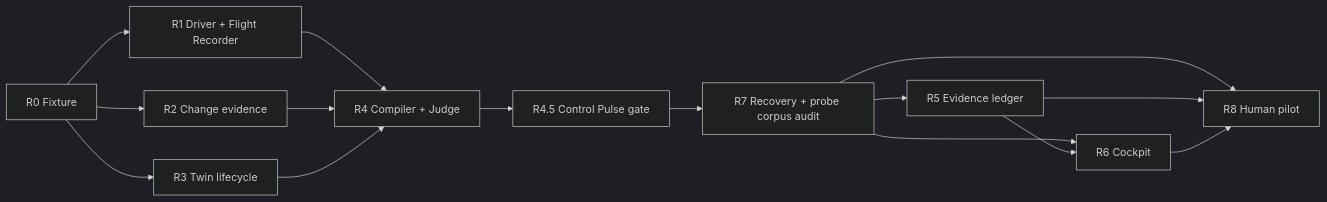
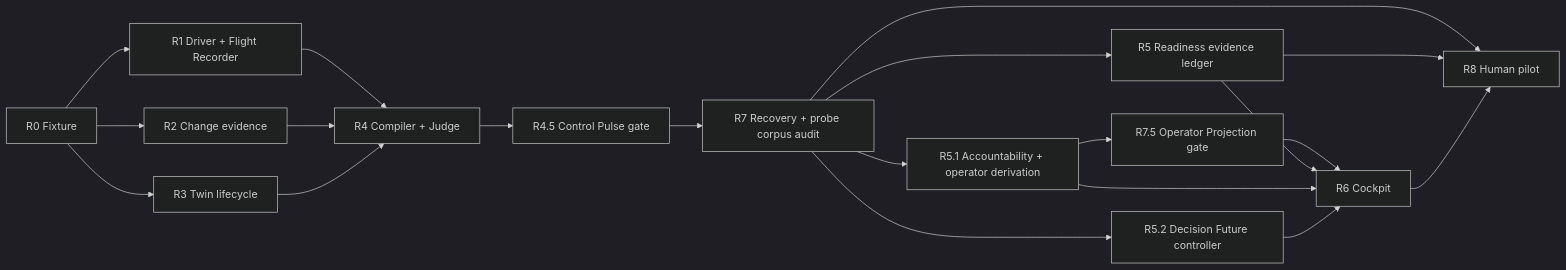
Before and after one commit to yava-code/PureFlow: the diagram in docs/v0.3/AGENT_EXECUTION.md, drawn with Mermaid (dark theme). The commit also changed other lines of this file and 12 other files, not shown here.

Commit message:
docs: define operator projection architecture

````diff
--- a/docs/v0.3/AGENT_EXECUTION.md
+++ b/docs/v0.3/AGENT_EXECUTION.md
@@ -405,17 +468,22 @@
 ```mermaid
 flowchart LR
     R0["R0 Fixture"] --> R1["R1 Driver + Flight Recorder"]
     R0 --> R2["R2 Change evidence"]
     R0 --> R3["R3 Twin lifecycle"]
     R1 --> R4["R4 Compiler + Judge"]
     R2 --> R4
     R3 --> R4
     R4 --> R45["R4.5 Control Pulse gate"]
     R45 --> R7["R7 Recovery + probe corpus audit"]
-    R7 --> R5["R5 Evidence ledger"]
-    R7 --> R6["R6 Cockpit"]
+    R7 --> R5["R5 Readiness evidence ledger"]
+    R7 --> R51["R5.1 Accountability + operator derivation"]
+    R7 --> R52["R5.2 Decision Future controller"]
+    R51 --> R75["R7.5 Operator Projection gate"]
+    R75 --> R6["R6 Cockpit"]
     R5 --> R6
+    R51 --> R6
+    R52 --> R6
     R7 --> R8["R8 Human pilot"]
     R5 --> R8
     R6 --> R8
 ```
````
